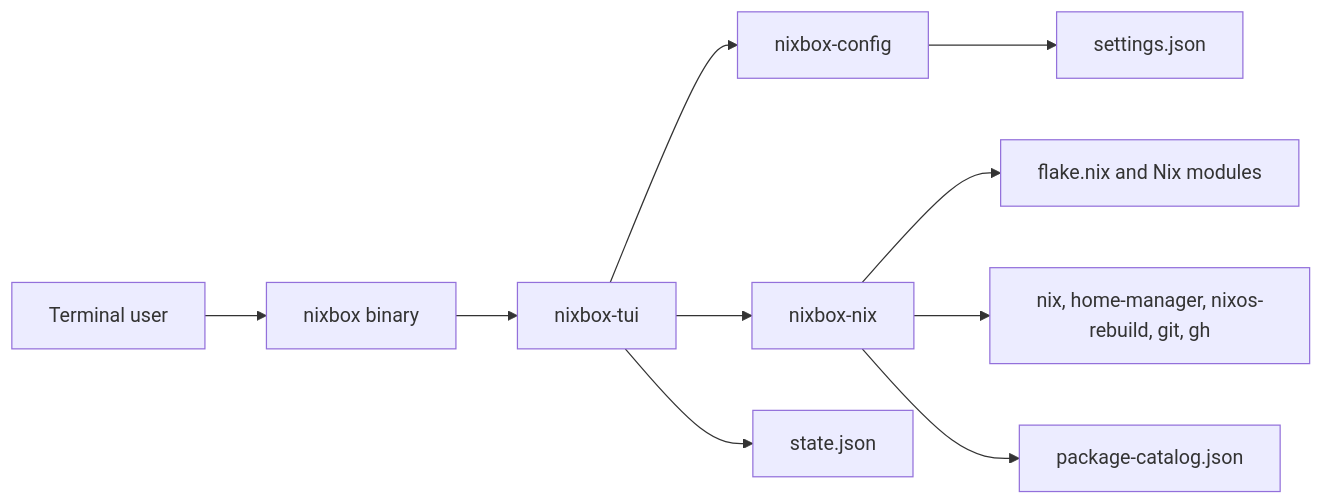
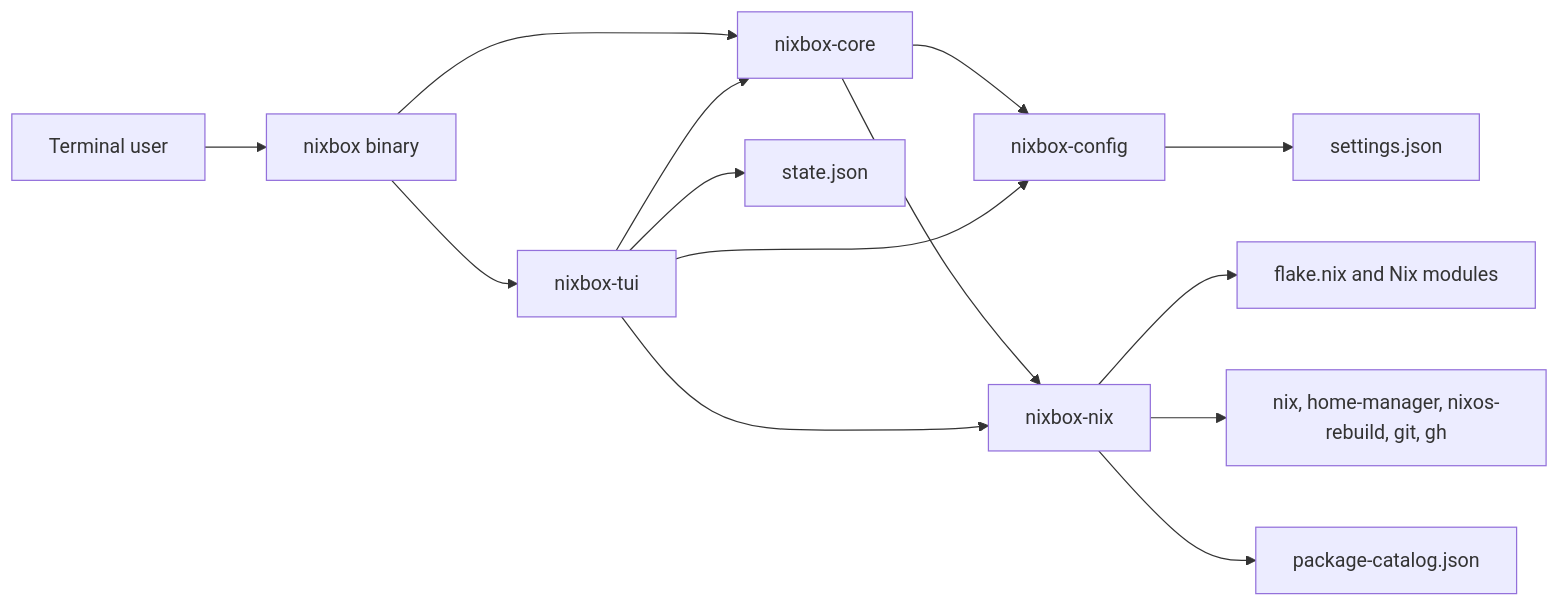
The first of 2 diagrams in docs/ARCHITECTURE.md (SINGH-RAJVEER/nixbox), drawn with Mermaid before and after one commit. The commit also changed other lines of this file and 2 other files, not shown here.

Commit message:
docs: cover the CLI, nixbox-core, and the test VM

````diff
--- a/docs/ARCHITECTURE.md
+++ b/docs/ARCHITECTURE.md
@@ -7,12 +7,16 @@
 ```mermaid
 flowchart LR
 		User[Terminal user] --> Binary[nixbox binary]
 		Binary --> TUI[nixbox-tui]
-		TUI --> Config[nixbox-config]
-		TUI --> Nix[nixbox-nix]
+		Binary --> Core[nixbox-core]
+		TUI --> Core
+		Core --> Config[nixbox-config]
+		Core --> Nix[nixbox-nix]
+		TUI --> Config
+		TUI --> Nix
 		Config --> Settings[settings.json]
 		Nix --> Target[flake.nix and Nix modules]
 		Nix --> Commands[nix, home-manager, nixos-rebuild, git, gh]
 		TUI --> State[state.json]
 		Nix --> Cache[package-catalog.json]
 ```
````
